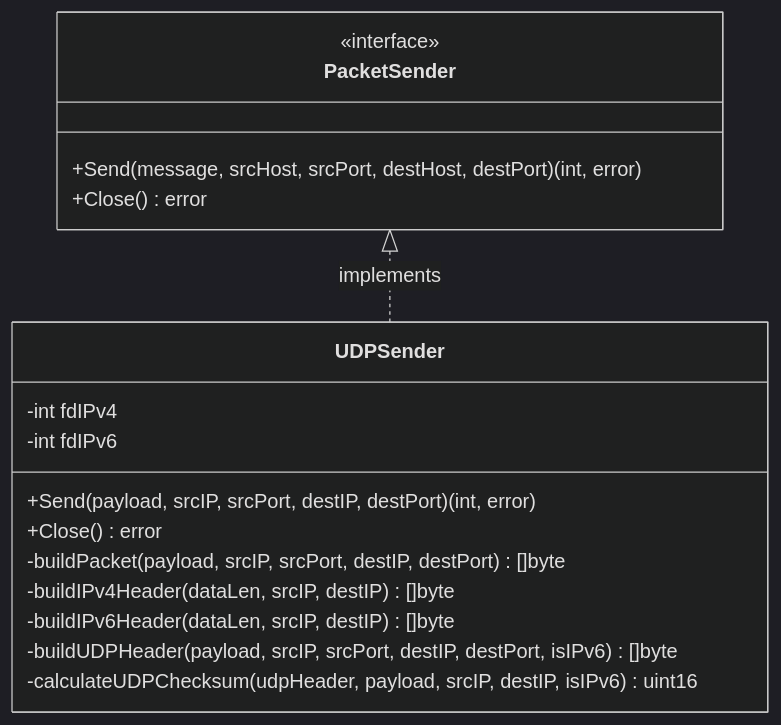
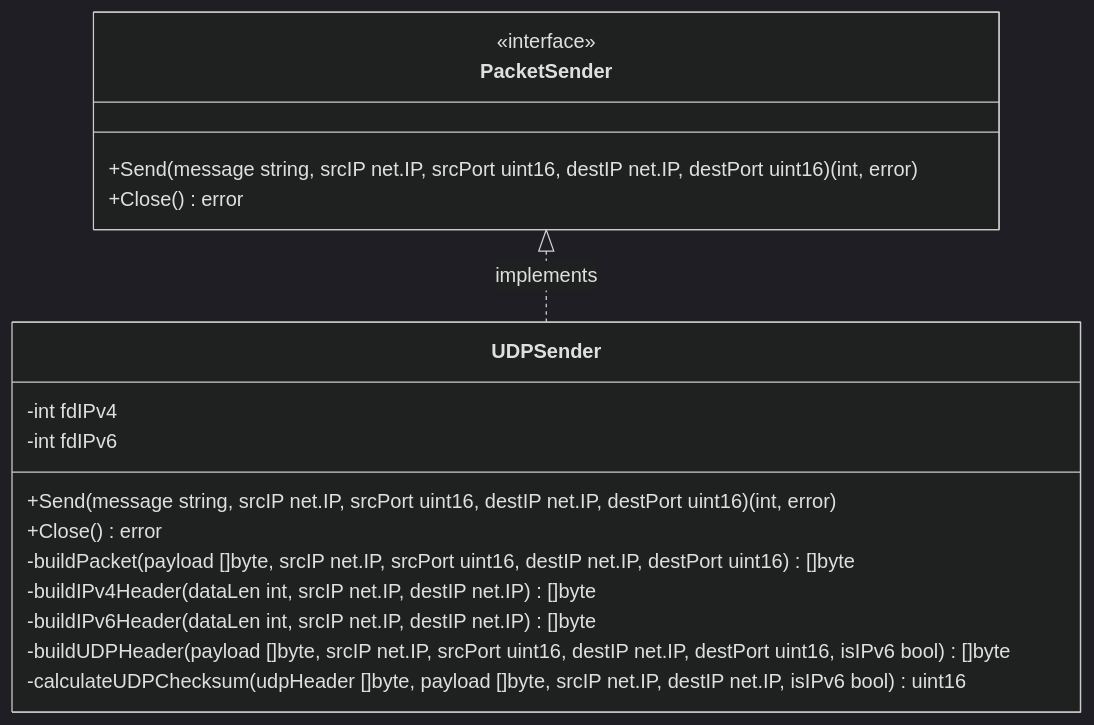
One commit to rgnv/udp-sender changed the second of 8 diagrams in DESIGN.md. Above: the diagram before and after it, drawn with Mermaid (dark theme). The commit also changed other lines of this file and 13 other files, not shown here.

````diff
--- a/DESIGN.md
+++ b/DESIGN.md
@@ -40,22 +40,22 @@
 ```mermaid
 classDiagram
     class PacketSender {
         <<interface>>
-        +Send(message, srcHost, srcPort, destHost, destPort) (int, error)
+        +Send(message string, srcIP net.IP, srcPort uint16, destIP net.IP, destPort uint16) (int, error)
         +Close() error
     }
     
     class UDPSender {
         -int fdIPv4
         -int fdIPv6
-        +Send(payload, srcIP, srcPort, destIP, destPort) (int, error)
+        +Send(message string, srcIP net.IP, srcPort uint16, destIP net.IP, destPort uint16) (int, error)
         +Close() error
-        -buildPacket(payload, srcIP, srcPort, destIP, destPort) []byte
-        -buildIPv4Header(dataLen, srcIP, destIP) []byte
-        -buildIPv6Header(dataLen, srcIP, destIP) []byte
-        -buildUDPHeader(payload, srcIP, srcPort, destIP, destPort, isIPv6) []byte
-        -calculateUDPChecksum(udpHeader, payload, srcIP, destIP, isIPv6) uint16
+        -buildPacket(payload []byte, srcIP net.IP, srcPort uint16, destIP net.IP, destPort uint16) []byte
+        -buildIPv4Header(dataLen int, srcIP net.IP, destIP net.IP) []byte
+        -buildIPv6Header(dataLen int, srcIP net.IP, destIP net.IP) []byte
+        -buildUDPHeader(payload []byte, srcIP net.IP, srcPort uint16, destIP net.IP, destPort uint16, isIPv6 bool) []byte
+        -calculateUDPChecksum(udpHeader []byte, payload []byte, srcIP net.IP, destIP net.IP, isIPv6 bool) uint16
     }
     
     PacketSender <|.. UDPSender : implements
 ```
````
